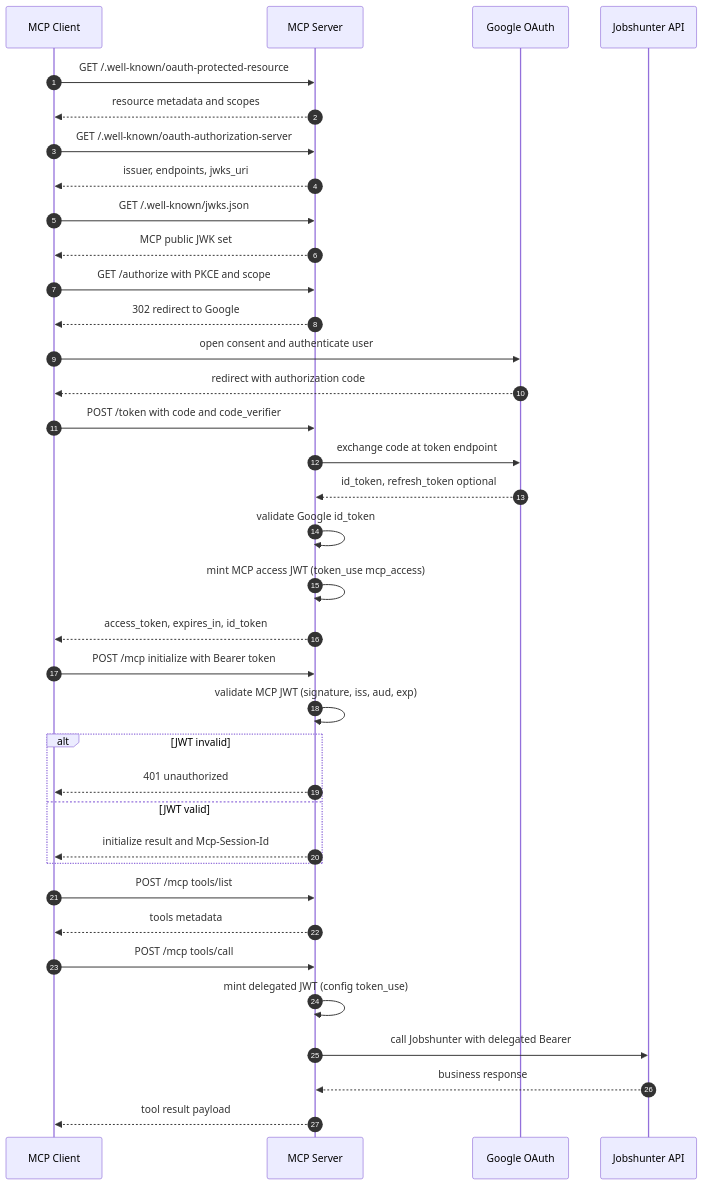
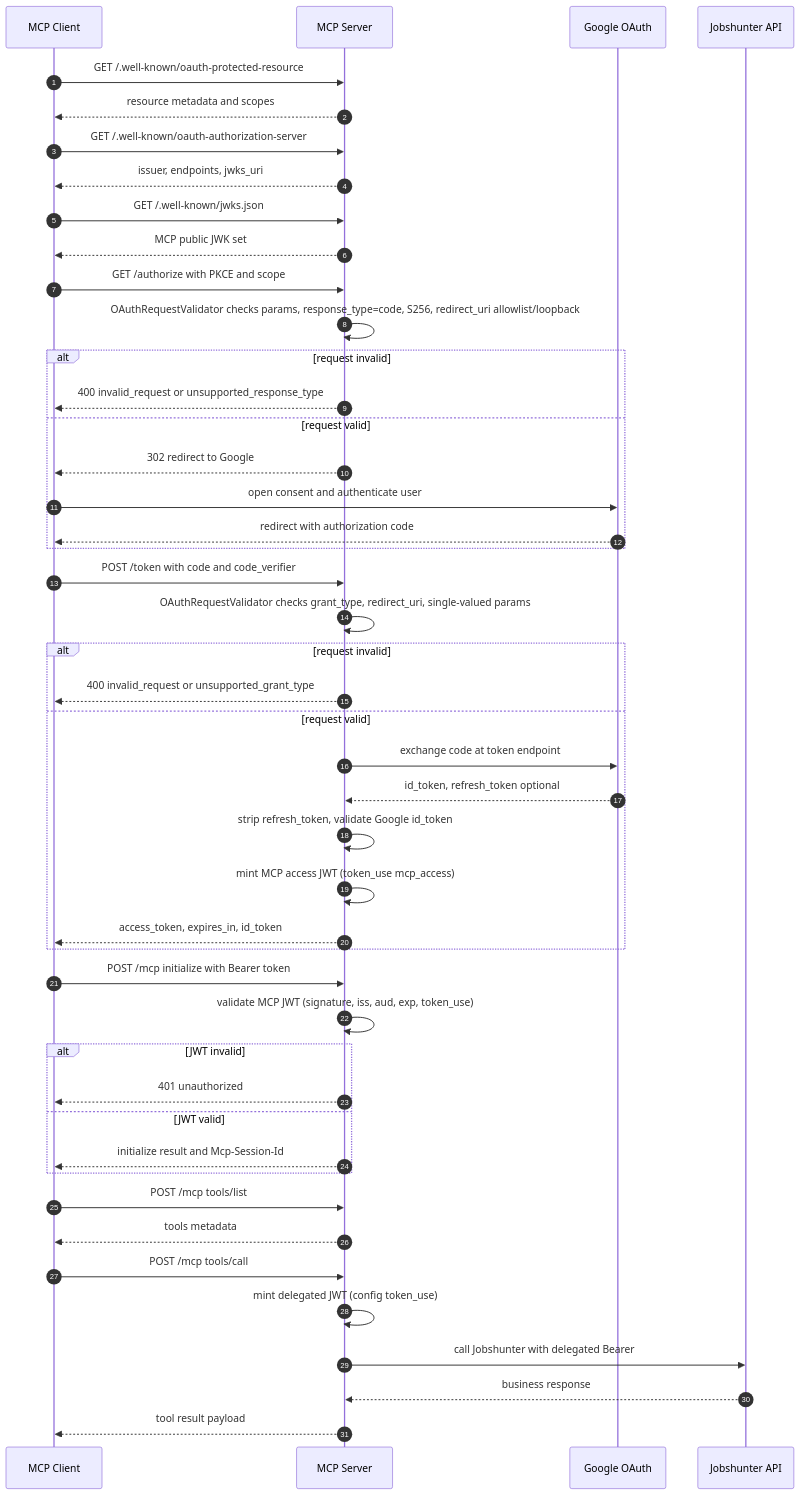
One commit to crisnct/jobshunter-mcp-server changed the diagram in architecture/MCP_Server_Authentication_Initialization_Flow.md. Above: the diagram before and after it, drawn with Mermaid. The commit also changed other lines of this file and 5 other files, not shown here.

Commit message:
Updated diagrams

````diff
--- a/architecture/MCP_Server_Authentication_Initialization_Flow.md
+++ b/architecture/MCP_Server_Authentication_Initialization_Flow.md
@@ -3,59 +3,69 @@
 ```mermaid
 %%{init: {'theme':'base','themeVariables':{
 'fontSize':'16px',
 'fontFamily':'Inter, Segoe UI, Arial',
 'sequenceNumberColor':'#111827',
 'lineColor':'#6b7280'
 },'themeCSS':'
 .actor:nth-of-type(1) rect{fill:#dbeafe!important;stroke:#2563eb!important;stroke-width:2px!important;}
 .actor-line:nth-of-type(1){stroke:#2563eb!important;stroke-width:2px!important;}
 .actor:nth-of-type(2) rect{fill:#dcfce7!important;stroke:#16a34a!important;stroke-width:2px!important;}
 .actor-line:nth-of-type(2){stroke:#16a34a!important;stroke-width:2px!important;}
 .actor:nth-of-type(3) rect{fill:#ffedd5!important;stroke:#ea580c!important;stroke-width:2px!important;}
 .actor-line:nth-of-type(3){stroke:#ea580c!important;stroke-width:2px!important;}
 .actor:nth-of-type(4) rect{fill:#ede9fe!important;stroke:#7c3aed!important;stroke-width:2px!important;}
 .actor-line:nth-of-type(4){stroke:#7c3aed!important;stroke-width:2px!important;}
 .messageText{font-size:14px!important;}
 '}}%%
 sequenceDiagram
     autonumber
     participant McpClient as MCP Client
     participant McpServer as MCP Server
     participant Google as Google OAuth
     participant JobApi as Jobshunter API
 
     McpClient->>McpServer: GET /.well-known/oauth-protected-resource
     McpServer-->>McpClient: resource metadata and scopes
     McpClient->>McpServer: GET /.well-known/oauth-authorization-server
     McpServer-->>McpClient: issuer, endpoints, jwks_uri
     McpClient->>McpServer: GET /.well-known/jwks.json
     McpServer-->>McpClient: MCP public JWK set
 
     McpClient->>McpServer: GET /authorize with PKCE and scope
-    McpServer-->>McpClient: 302 redirect to Google
-    McpClient->>Google: open consent and authenticate user
-    Google-->>McpClient: redirect with authorization code
+    McpServer->>McpServer: OAuthRequestValidator checks params, response_type=code, S256, redirect_uri allowlist/loopback
+    alt request invalid
+        McpServer-->>McpClient: 400 invalid_request or unsupported_response_type
+    else request valid
+        McpServer-->>McpClient: 302 redirect to Google
+        McpClient->>Google: open consent and authenticate user
+        Google-->>McpClient: redirect with authorization code
+    end
 
     McpClient->>McpServer: POST /token with code and code_verifier
-    McpServer->>Google: exchange code at token endpoint
-    Google-->>McpServer: id_token, refresh_token optional
-    McpServer->>McpServer: validate Google id_token
-    McpServer->>McpServer: mint MCP access JWT (token_use mcp_access)
-    McpServer-->>McpClient: access_token, expires_in, id_token
+    McpServer->>McpServer: OAuthRequestValidator checks grant_type, redirect_uri, single-valued params
+    alt request invalid
+        McpServer-->>McpClient: 400 invalid_request or unsupported_grant_type
+    else request valid
+        McpServer->>Google: exchange code at token endpoint
+        Google-->>McpServer: id_token, refresh_token optional
+        McpServer->>McpServer: strip refresh_token, validate Google id_token
+        McpServer->>McpServer: mint MCP access JWT (token_use mcp_access)
+        McpServer-->>McpClient: access_token, expires_in, id_token
+    end
 
     McpClient->>McpServer: POST /mcp initialize with Bearer token
-    McpServer->>McpServer: validate MCP JWT (signature, iss, aud, exp)
+    McpServer->>McpServer: validate MCP JWT (signature, iss, aud, exp, token_use)
     alt JWT invalid
         McpServer-->>McpClient: 401 unauthorized
     else JWT valid
         McpServer-->>McpClient: initialize result and Mcp-Session-Id
     end
 
     McpClient->>McpServer: POST /mcp tools/list
     McpServer-->>McpClient: tools metadata
     McpClient->>McpServer: POST /mcp tools/call
     McpServer->>McpServer: mint delegated JWT (config token_use)
     McpServer->>JobApi: call Jobshunter with delegated Bearer
     JobApi-->>McpServer: business response
     McpServer-->>McpClient: tool result payload
 ```
````
